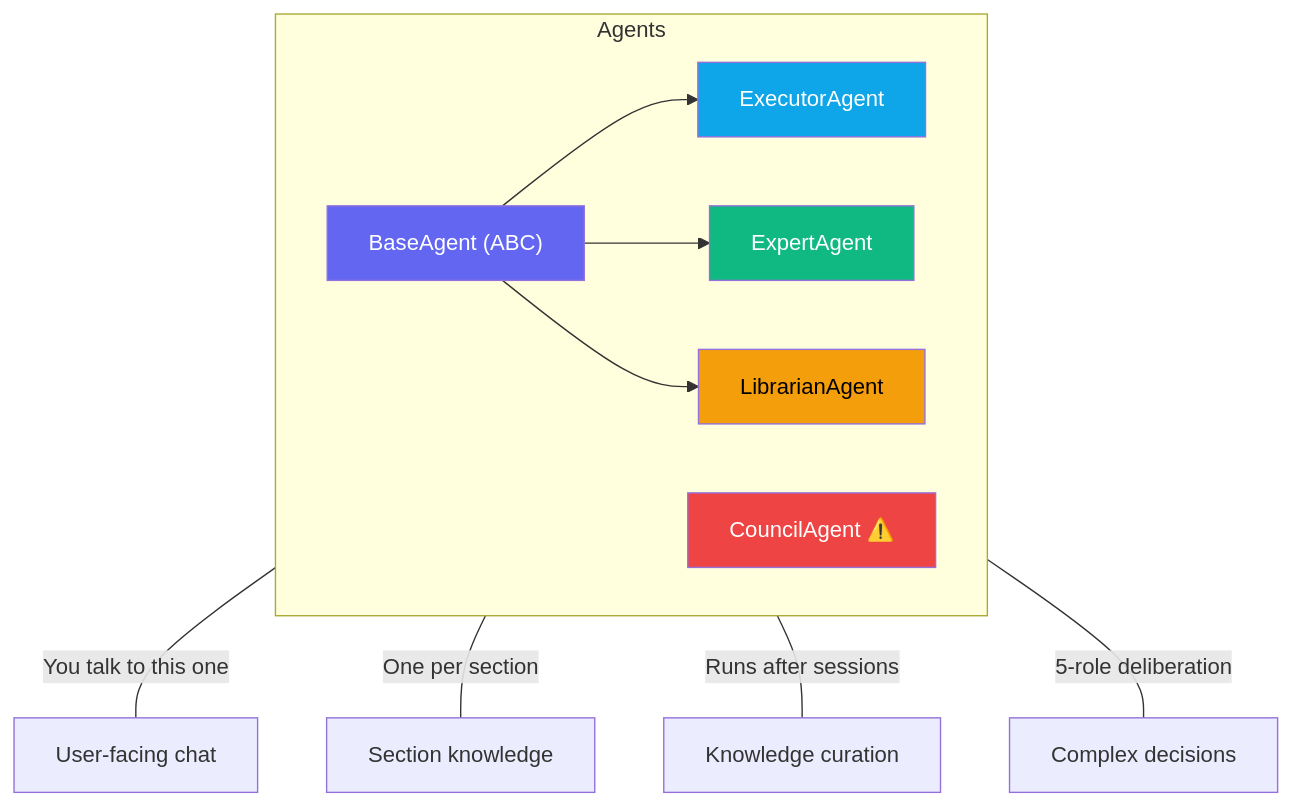
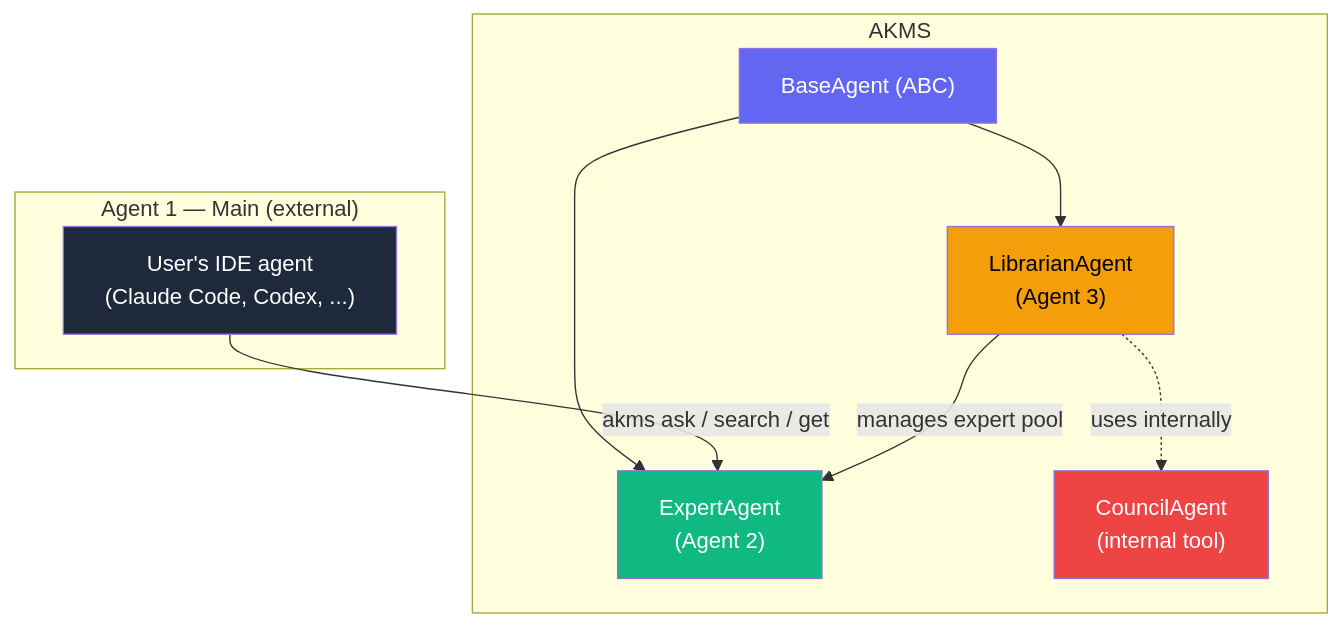
One commit to TheRealOP/Agent-Knowledge-Management-System changed the seventh of 17 diagrams in how-this-works.md. Above: the diagram before and after it, drawn with Mermaid. The commit also changed other lines of this file, not shown here.

````diff
--- a/how-this-works.md
+++ b/how-this-works.md
@@ -378,26 +365,26 @@
 ```mermaid
 graph TB
-    subgraph Agents
-        direction LR
+    subgraph "Agent 1 — Main (external)"
+        IDE["User's IDE agent\n(Claude Code, Codex, ...)"]
+    end
+
+    subgraph AKMS
         Base["BaseAgent (ABC)"]
-        Exec["ExecutorAgent"]
-        Exp["ExpertAgent"]
-        Lib["LibrarianAgent"]
-        Coun["CouncilAgent ⚠️"]
+        Exp["ExpertAgent\n(Agent 2)"]
+        Lib["LibrarianAgent\n(Agent 3)"]
+        Coun["CouncilAgent\n(internal tool)"]
 
-        Base --> Exec
         Base --> Exp
         Base --> Lib
+        Lib -.->|"uses internally"| Coun
     end
 
-    Exec ---|"You talk to this one"| UserFacing["User-facing chat"]
-    Exp ---|"One per section"| SectionKnow["Section knowledge"]
-    Lib ---|"Runs after sessions"| Curation["Knowledge curation"]
-    Coun ---|"5-role deliberation"| Deliberation["Complex decisions"]
+    IDE -->|"akms ask / search / get"| Exp
+    Lib -->|"manages expert pool"| Exp
 
+    style IDE fill:#1e293b,color:#fff
     style Base fill:#6366f1,color:#fff
-    style Exec fill:#0ea5e9,color:#fff
     style Exp fill:#10b981,color:#fff
     style Lib fill:#f59e0b,color:#000
     style Coun fill:#ef4444,color:#fff
 ```
````
